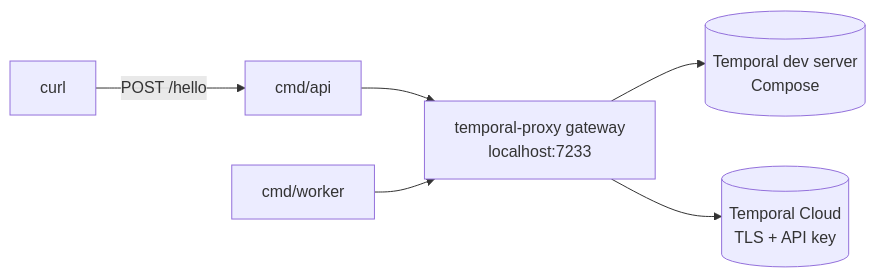
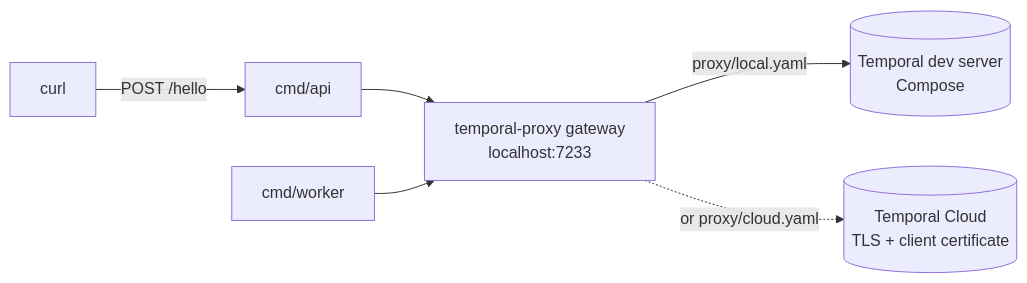
The diagram in README.md (alexandreroman/temporal-proxy-demo), drawn with Mermaid before and after one commit. The commit also changed other lines of this file and 13 other files, not shown here.

````diff
--- a/README.md
+++ b/README.md
@@ -116,8 +241,9 @@
 ```mermaid
 graph LR
     H[curl] -->|POST /hello| A[cmd/api]
     A --> G
     W[cmd/worker] --> G
-    G[temporal-proxy gateway<br/>localhost:7233] --> L[(Temporal dev server<br/>Compose)]
-    G --> C[(Temporal Cloud<br/>TLS + API key)]
+    G[temporal-proxy gateway<br/>localhost:7233]
+    G -->|proxy/local.yaml| L[(Temporal dev server<br/>Compose)]
+    G -.->|or proxy/cloud.yaml| C[(Temporal Cloud<br/>TLS + client certificate)]
 ```
````
